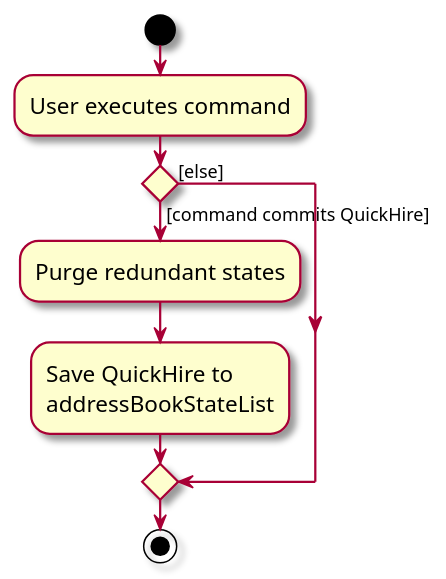
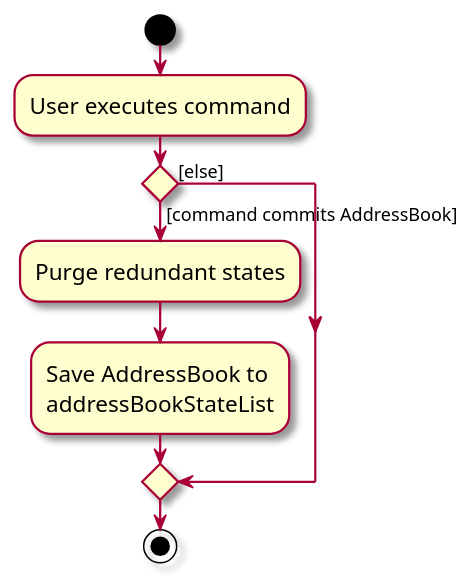
The diagram in docs/diagrams/CommitActivityDiagram.puml (ho-thanh-und/tp), drawn with PlantUML before and after one commit. The commit also changed 1 other file, not shown here.

```diff
--- a/docs/diagrams/CommitActivityDiagram.puml
+++ b/docs/diagrams/CommitActivityDiagram.puml
@@ -1,18 +1,18 @@
 @startuml
 skin rose
 skinparam ActivityFontSize 15
 skinparam ArrowFontSize 12
 start
 :User executes command;
 
 'Since the beta syntax does not support placing the condition outside the
 'diamond we place it as the true branch instead.
 
-if () then ([command commits QuickHire])
+if () then ([command commits AddressBook])
     :Purge redundant states;
-    :Save QuickHire to
+    :Save AddressBook to
     addressBookStateList;
 else ([else])
 endif
 stop
 @enduml
```
